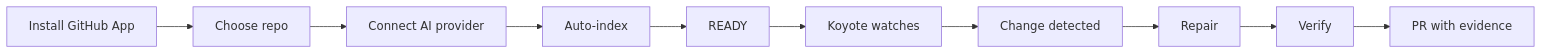
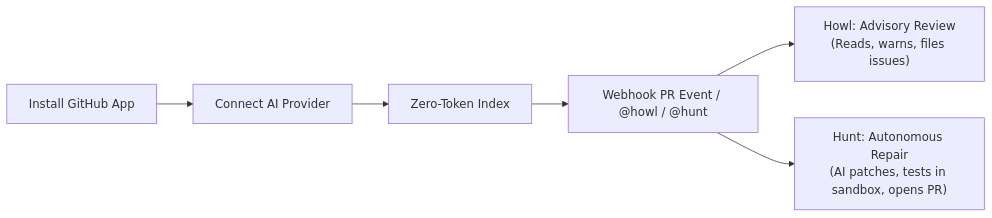
One commit to Devaretanmay/HAVFRYS changed the first of 2 diagrams in docs/SYSTEM_MAP.md. Above: the diagram before and after it, drawn with Mermaid. The commit also changed other lines of this file and 10 other files, not shown here.

First line of the commit message:
feat(github): add Howl advisor and Hunt worker bots

````diff
--- a/docs/SYSTEM_MAP.md
+++ b/docs/SYSTEM_MAP.md
@@ -7,12 +7,8 @@
 ```mermaid
 flowchart LR
-    A["Install GitHub App"] --> B["Choose repo"]
-    B --> C["Connect AI provider"]
-    C --> D["Auto-index"]
-    D --> E["READY"]
-    E --> F["Koyote watches"]
-    F --> G["Change detected"]
-    G --> H["Repair"]
-    H --> I["Verify"]
-    I --> J["PR with evidence"]
+    A["Install GitHub App"] --> B["Connect AI Provider"]
+    B --> C["Zero-Token Index"]
+    C --> D["Webhook PR Event / @howl / @hunt"]
+    D --> E["Howl: Advisory Review<br/>(Reads, warns, files issues)"]
+    D --> F["Hunt: Autonomous Repair<br/>(AI patches, tests in sandbox, opens PR)"]
 ```
````
